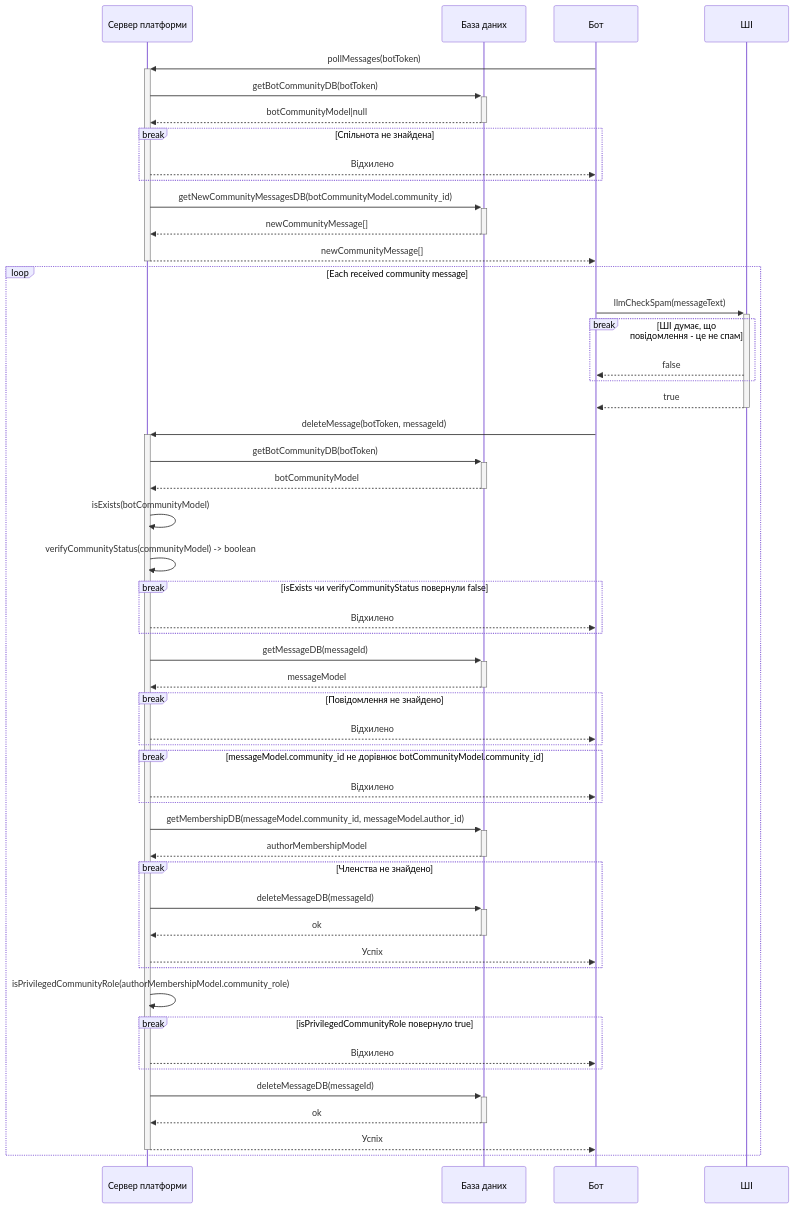
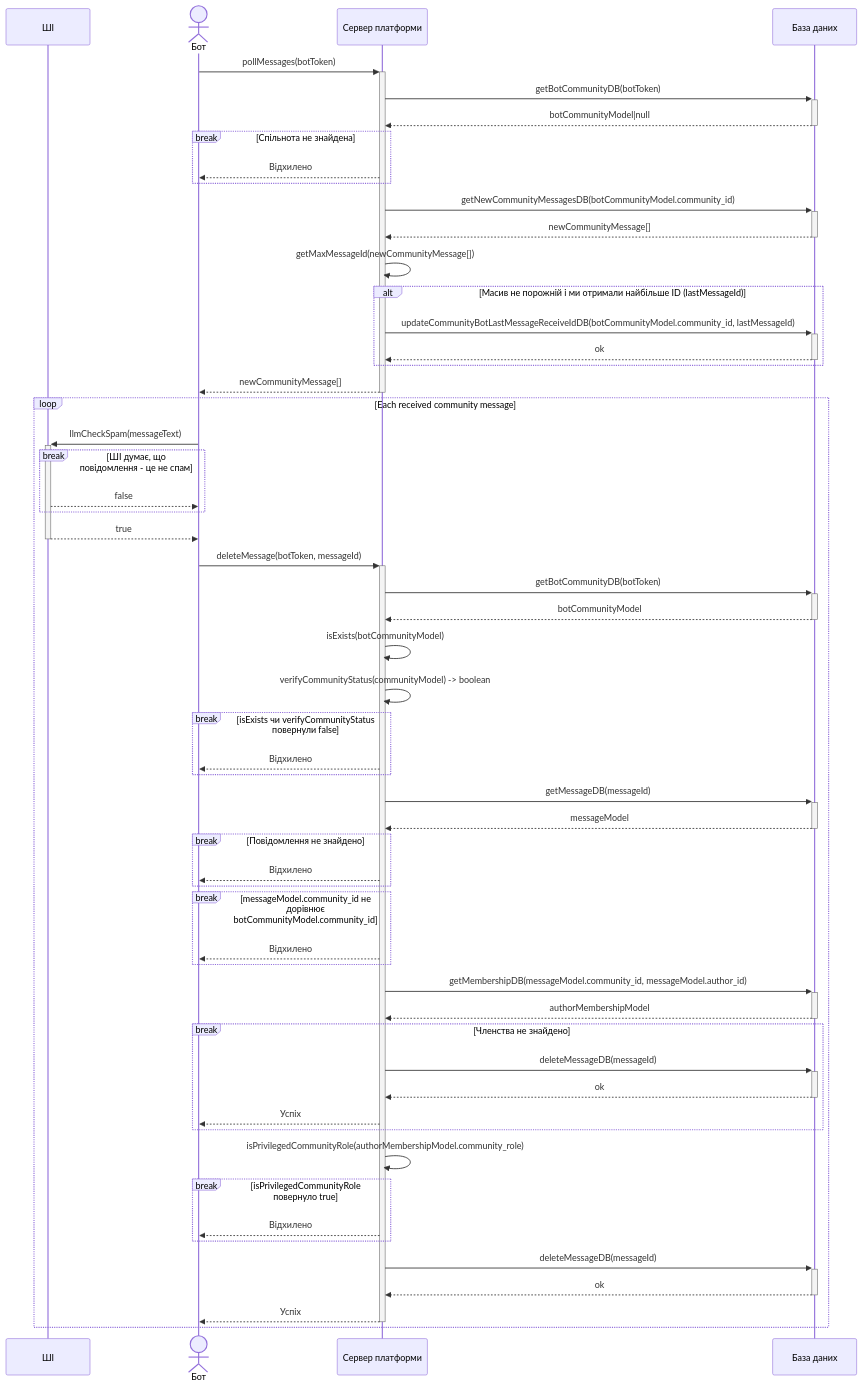
The diagram in models/sequences/us3.mmd (devl0g/KPI_lab3), drawn with Mermaid before and after one commit. The commit also changed 1 other file, not shown here.

Commit message:
feat: bot_last_message_received call in US3

```diff
--- a/models/sequences/us3.mmd
+++ b/models/sequences/us3.mmd
@@ -1,66 +1,73 @@
 sequenceDiagram
+  participant LLM as ШІ
+  actor Bot as Бот
   participant Server as Сервер платформи
   participant DB as База даних
-  participant Bot as Бот
-  participant LLM as ШІ
   
   Bot->>+Server: pollMessages(botToken)
   Server->>+DB: getBotCommunityDB(botToken)
   DB-->>-Server: botCommunityModel|null
 
   break Спільнота не знайдена
     Server-->>Bot: Відхилено
   end
 
   Server->>+DB: getNewCommunityMessagesDB(botCommunityModel.community_id)
   DB-->>-Server: newCommunityMessage[]
+  Server->>Server: getMaxMessageId(newCommunityMessage[])
+
+  alt Масив не порожній і ми отримали найбільше ID (lastMessageId)
+    Server->>+DB: updateCommunityBotLastMessageReceiveIdDB(botCommunityModel.community_id, lastMessageId)
+    DB-->>-Server: ok
+  end
+
   Server-->>-Bot: newCommunityMessage[]
 
   loop Each received community message
     Bot->>+LLM: llmCheckSpam(messageText)
     break ШІ думає, що повідомлення - це не спам
       LLM-->>Bot: false
     end
 
     LLM-->>-Bot: true
     Bot->>+Server: deleteMessage(botToken, messageId)
     Server->>+DB: getBotCommunityDB(botToken)
     DB-->>-Server: botCommunityModel
     Server->>Server: isExists(botCommunityModel)
     Server->>Server: verifyCommunityStatus(communityModel) -> boolean
 
     break isExists чи verifyCommunityStatus повернули false
       Server-->>Bot: Відхилено
     end
 
     Server->>+DB: getMessageDB(messageId)
     DB-->>-Server: messageModel
 
     break Повідомлення не знайдено
       Server-->>Bot: Відхилено
     end
 
     break messageModel.community_id не дорівнює botCommunityModel.community_id
       Server-->>Bot: Відхилено
     end
 
     Server->>+DB: getMembershipDB(messageModel.community_id, messageModel.author_id)
     DB-->>-Server: authorMembershipModel
 
     break Членства не знайдено
       Server->>+DB: deleteMessageDB(messageId)
       DB-->>-Server: ok
       Server-->>Bot: Успіх
     end
 
     Server->>Server: isPrivilegedCommunityRole(authorMembershipModel.community_role)
 
     break isPrivilegedCommunityRole повернуло true
       Server-->>Bot: Відхилено
     end
 
     Server->>+DB: deleteMessageDB(messageId)
     DB-->>-Server: ok
     Server-->>-Bot: Успіх
 
   end
```
